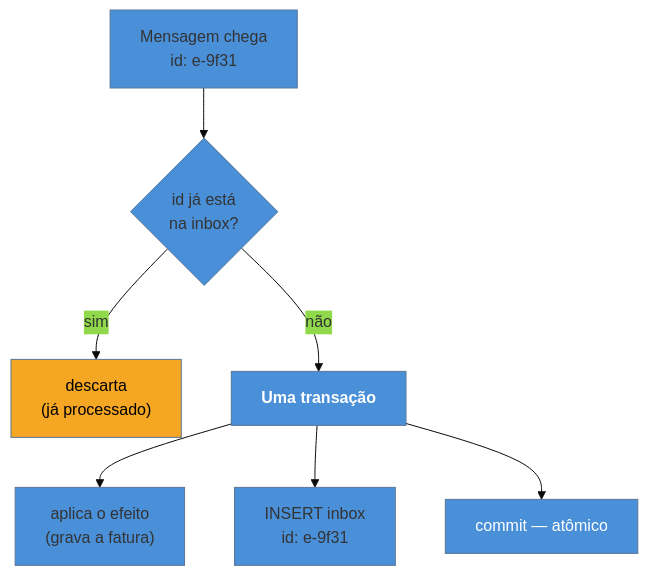
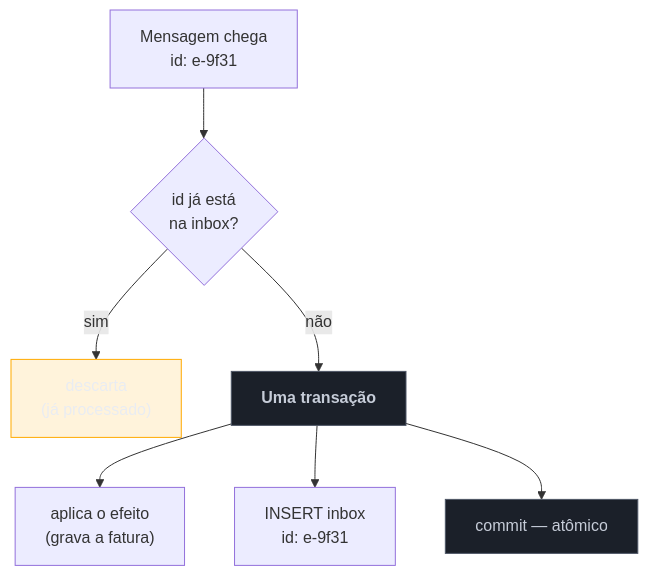
One commit to josenaldo/codex-technomanticus changed the diagram in 03-Dominios/Engenharia/Design de Software/Padrões de Projeto/Arquitetura de Eventos/06 - Idempotent Consumer (Inbox).md. Above: the diagram before and after it, drawn with Mermaid. The commit also changed 1181 other files, not shown here.

First line of the commit message:
fix(diagramas): paleta do sistema no lugar de cor cravada no markdown

````diff
--- a/03-Dominios/Engenharia/Design de Software/Padrões de Projeto/Arquitetura de Eventos/06 - Idempotent Consumer (Inbox).md
+++ b/03-Dominios/Engenharia/Design de Software/Padrões de Projeto/Arquitetura de Eventos/06 - Idempotent Consumer (Inbox).md
@@ -44,14 +44,15 @@
 ```mermaid
-%%{init: {"theme": "base", "themeVariables": {"primaryColor": "#4A90D9"}}}%%
 graph TD
+    classDef destaque fill:#FFAA0024,stroke:#FFAA00,color:#E9ECF2
+    classDef neutro fill:#1B2029,stroke:#4E5666,color:#C6CCD8
     M["Mensagem chega<br/>id: e-9f31"] --> Q{"id já está<br/>na inbox?"}
     Q -->|"sim"| S["descarta<br/>(já processado)"]
     Q -->|"não"| T["<b>Uma transação</b>"]
     T --> E["aplica o efeito<br/>(grava a fatura)"]
     T --> I["INSERT inbox<br/>id: e-9f31"]
     T --> C["commit — atômico"]
 
-    style S fill:#F5A623,color:#000
-    style T fill:#4A90D9,color:#fff
-    style C fill:#4A90D9,color:#fff
+    class S destaque
+    class T neutro
+    class C neutro
 ```
````
